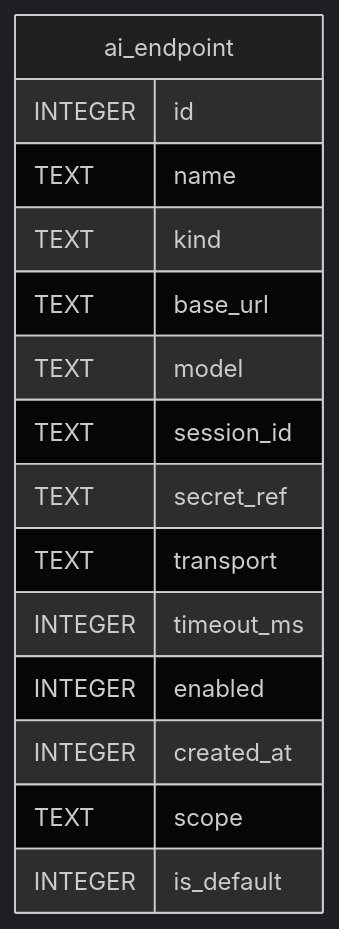
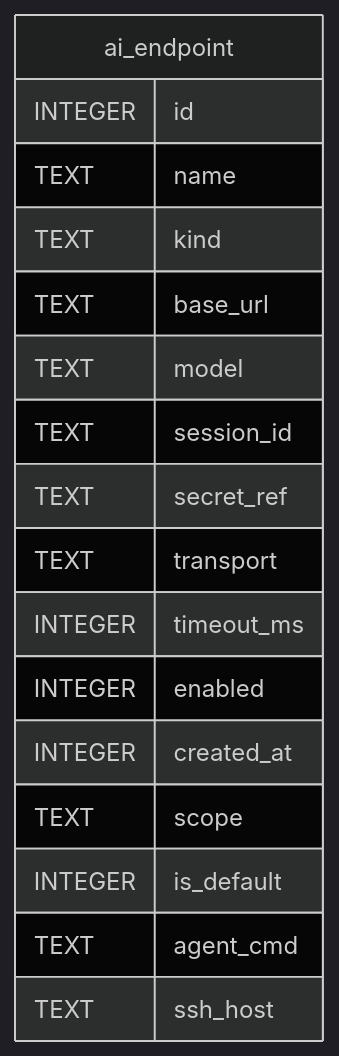
The diagram in content/docs/en/developers/plugins/ai-endpoints/reference/schema.mmd (ktbhealth/docs), drawn with Mermaid (dark theme) before and after one commit. The commit also changed 7 other files, not shown here.

Commit message:
docs(erd): agent_cmd and ssh_host columns on ai_endpoint (F3a)

```diff
--- a/content/docs/en/developers/plugins/ai-endpoints/reference/schema.mmd
+++ b/content/docs/en/developers/plugins/ai-endpoints/reference/schema.mmd
@@ -1,18 +1,20 @@
 erDiagram
 
 
 "ai_endpoint" {
   INTEGER id
   TEXT name
   TEXT kind
   TEXT base_url
   TEXT model
   TEXT session_id
   TEXT secret_ref
   TEXT transport
   INTEGER timeout_ms
   INTEGER enabled
   INTEGER created_at
   TEXT scope
   INTEGER is_default
+  TEXT agent_cmd
+  TEXT ssh_host
 }
```
